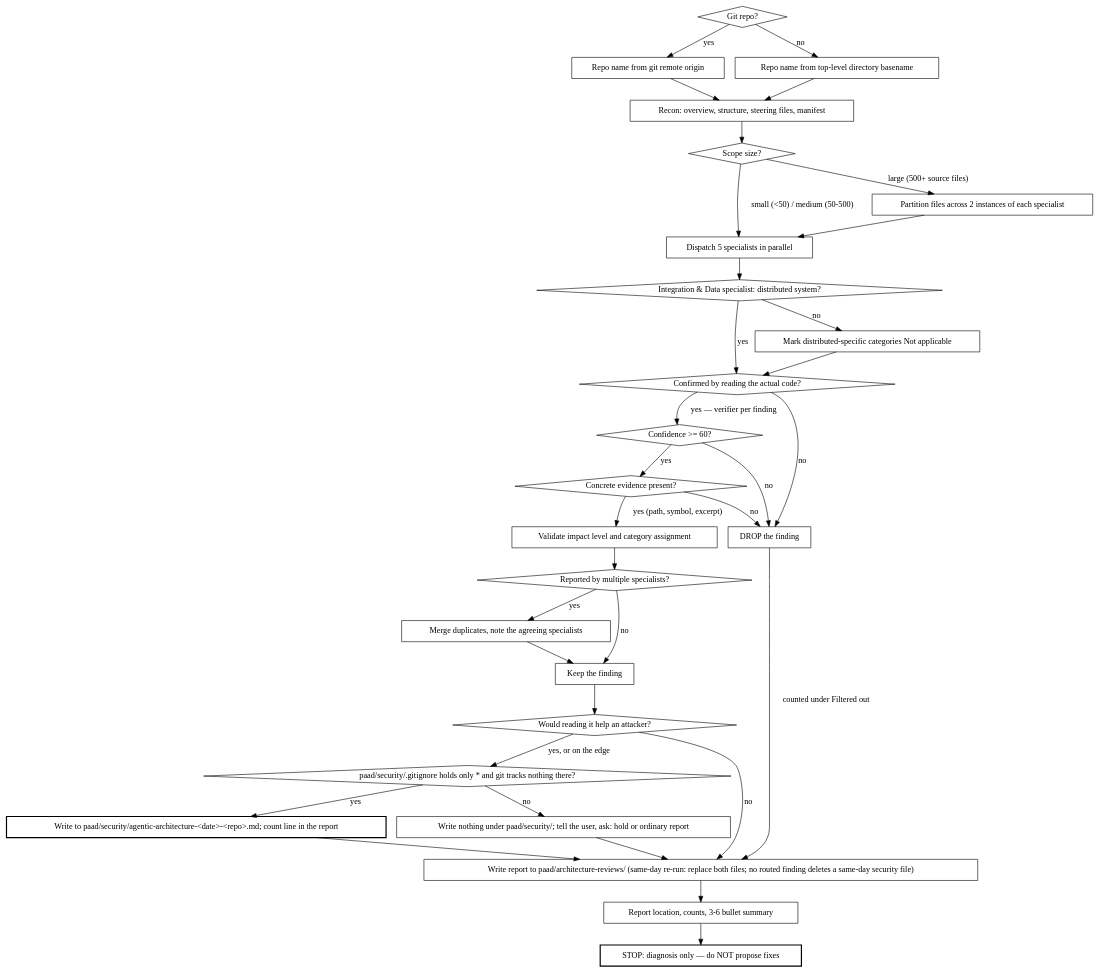
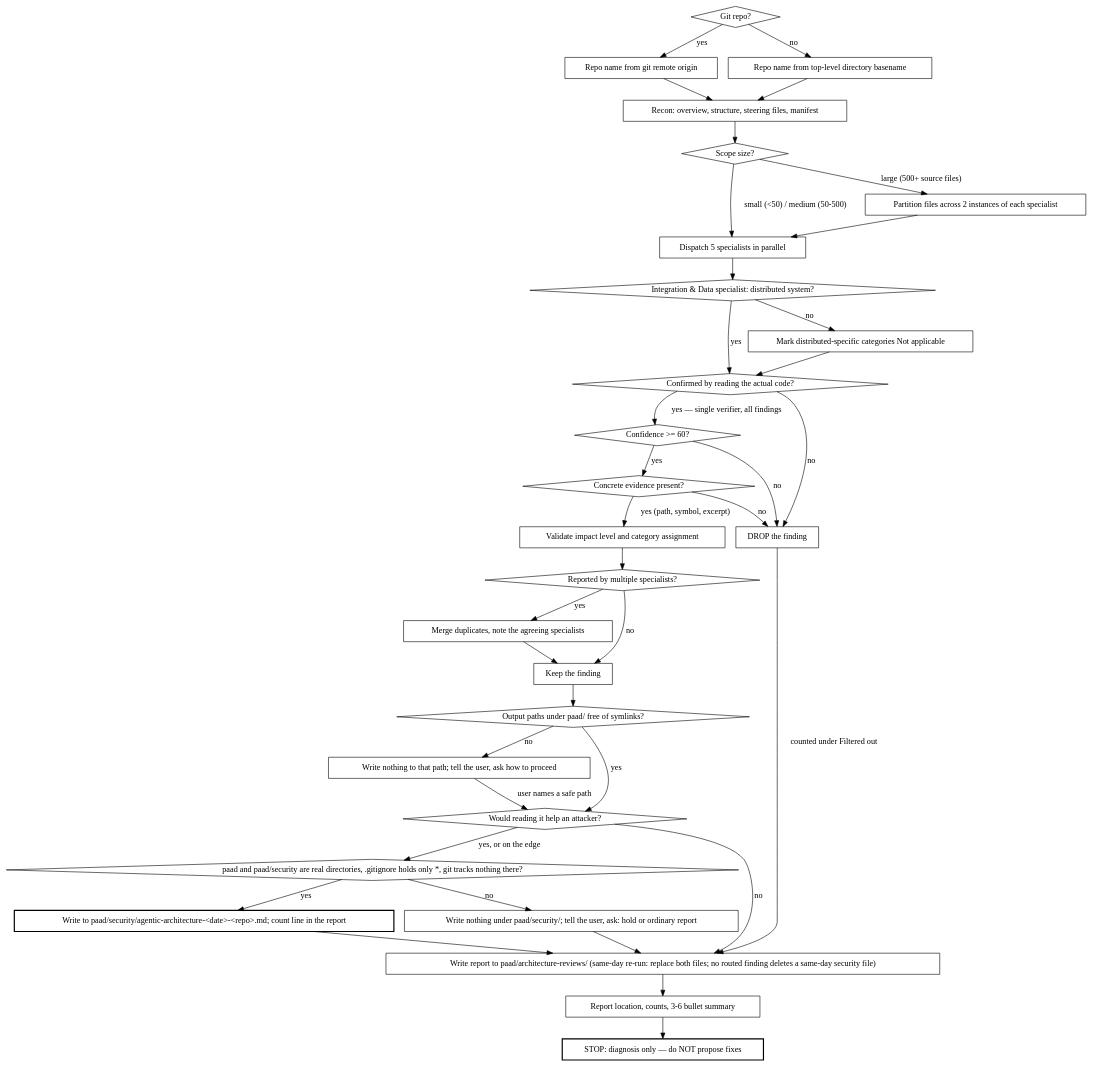
The second of 2 diagrams in plugins/paad/skills/agentic-architecture/SKILL.md (Ovid/paad), drawn with Graphviz before and after one commit. The commit also changed other lines of this file and 51 other files, not shown here.

````diff
--- a/plugins/paad/skills/agentic-architecture/SKILL.md
+++ b/plugins/paad/skills/agentic-architecture/SKILL.md
@@ -35,65 +37,70 @@
 ```dot
 digraph analysis_flow {
   "Git repo?" [shape=diamond];
   "Scope size?" [shape=diamond];
   "Integration & Data specialist: distributed system?" [shape=diamond];
   "Confirmed by reading the actual code?" [shape=diamond];
   "Confidence >= 60?" [shape=diamond];
   "Concrete evidence present?" [shape=diamond];
   "Reported by multiple specialists?" [shape=diamond];
 
   "Repo name from git remote origin" [shape=box];
   "Repo name from top-level directory basename" [shape=box];
   "Recon: overview, structure, steering files, manifest" [shape=box];
   "Dispatch 5 specialists in parallel" [shape=box];
   "Partition files across 2 instances of each specialist" [shape=box];
   "Mark distributed-specific categories Not applicable" [shape=box];
   "Validate impact level and category assignment" [shape=box];
   "Merge duplicates, note the agreeing specialists" [shape=box];
   "DROP the finding" [shape=box];
   "Keep the finding" [shape=box];
+  "Output paths under paad/ free of symlinks?" [shape=diamond];
+  "Write nothing to that path; tell the user, ask how to proceed" [shape=box];
   "Would reading it help an attacker?" [shape=diamond];
   "Write to paad/security/agentic-architecture-<date>-<repo>.md; count line in the report" [shape=box, style=bold];
-  "paad/security/.gitignore holds only * and git tracks nothing there?" [shape=diamond];
+  "paad and paad/security are real directories, .gitignore holds only *, git tracks nothing there?" [shape=diamond];
   "Write nothing under paad/security/; tell the user, ask: hold or ordinary report" [shape=box];
   "Write report to paad/architecture-reviews/ (same-day re-run: replace both files; no routed finding deletes a same-day security file)" [shape=box];
   "Report location, counts, 3-6 bullet summary" [shape=box];
   "STOP: diagnosis only — do NOT propose fixes" [shape=box, style=bold];
 
   "Git repo?" -> "Repo name from git remote origin" [label="yes"];
   "Git repo?" -> "Repo name from top-level directory basename" [label="no"];
   "Repo name from git remote origin" -> "Recon: overview, structure, steering files, manifest";
   "Repo name from top-level directory basename" -> "Recon: overview, structure, steering files, manifest";
   "Recon: overview, structure, steering files, manifest" -> "Scope size?";
 
   "Scope size?" -> "Dispatch 5 specialists in parallel" [label="small (<50) / medium (50-500)"];
   "Scope size?" -> "Partition files across 2 instances of each specialist" [label="large (500+ source files)"];
   "Partition files across 2 instances of each specialist" -> "Dispatch 5 specialists in parallel";
   "Dispatch 5 specialists in parallel" -> "Integration & Data specialist: distributed system?";
   "Integration & Data specialist: distributed system?" -> "Confirmed by reading the actual code?" [label="yes"];
   "Integration & Data specialist: distributed system?" -> "Mark distributed-specific categories Not applicable" [label="no"];
   "Mark distributed-specific categories Not applicable" -> "Confirmed by reading the actual code?";
 
-  "Confirmed by reading the actual code?" -> "Confidence >= 60?" [label="yes — verifier per finding"];
+  "Confirmed by reading the actual code?" -> "Confidence >= 60?" [label="yes — single verifier, all findings"];
   "Confirmed by reading the actual code?" -> "DROP the finding" [label="no"];
   "Confidence >= 60?" -> "Concrete evidence present?" [label="yes"];
   "Confidence >= 60?" -> "DROP the finding" [label="no"];
   "Concrete evidence present?" -> "Validate impact level and category assignment" [label="yes (path, symbol, excerpt)"];
   "Concrete evidence present?" -> "DROP the finding" [label="no"];
   "Validate impact level and category assignment" -> "Reported by multiple specialists?";
   "Reported by multiple specialists?" -> "Merge duplicates, note the agreeing specialists" [label="yes"];
   "Reported by multiple specialists?" -> "Keep the finding" [label="no"];
   "Merge duplicates, note the agreeing specialists" -> "Keep the finding";
 
-  "Keep the finding" -> "Would reading it help an attacker?";
-  "Would reading it help an attacker?" -> "paad/security/.gitignore holds only * and git tracks nothing there?" [label="yes, or on the edge"];
+  "Keep the finding" -> "Output paths under paad/ free of symlinks?";
+  "Would reading it help an attacker?" -> "paad and paad/security are real directories, .gitignore holds only *, git tracks nothing there?" [label="yes, or on the edge"];
   "Would reading it help an attacker?" -> "Write report to paad/architecture-reviews/ (same-day re-run: replace both files; no routed finding deletes a same-day security file)" [label="no"];
   "Write to paad/security/agentic-architecture-<date>-<repo>.md; count line in the report" -> "Write report to paad/architecture-reviews/ (same-day re-run: replace both files; no routed finding deletes a same-day security file)";
-  "paad/security/.gitignore holds only * and git tracks nothing there?" -> "Write to paad/security/agentic-architecture-<date>-<repo>.md; count line in the report" [label="yes"];
-  "paad/security/.gitignore holds only * and git tracks nothing there?" -> "Write nothing under paad/security/; tell the user, ask: hold or ordinary report" [label="no"];
+  "paad and paad/security are real directories, .gitignore holds only *, git tracks nothing there?" -> "Write to paad/security/agentic-architecture-<date>-<repo>.md; count line in the report" [label="yes"];
+  "paad and paad/security are real directories, .gitignore holds only *, git tracks nothing there?" -> "Write nothing under paad/security/; tell the user, ask: hold or ordinary report" [label="no"];
   "Write nothing under paad/security/; tell the user, ask: hold or ordinary report" -> "Write report to paad/architecture-reviews/ (same-day re-run: replace both files; no routed finding deletes a same-day security file)";
   "DROP the finding" -> "Write report to paad/architecture-reviews/ (same-day re-run: replace both files; no routed finding deletes a same-day security file)" [label="counted under Filtered out"];
   "Write report to paad/architecture-reviews/ (same-day re-run: replace both files; no routed finding deletes a same-day security file)" -> "Report location, counts, 3-6 bullet summary";
   "Report location, counts, 3-6 bullet summary" -> "STOP: diagnosis only — do NOT propose fixes";
+  "Output paths under paad/ free of symlinks?" -> "Would reading it help an attacker?" [label="yes"];
+  "Output paths under paad/ free of symlinks?" -> "Write nothing to that path; tell the user, ask how to proceed" [label="no"];
+  "Write nothing to that path; tell the user, ask how to proceed" -> "Would reading it help an attacker?" [label="user names a safe path"];
 }
 ```
````
